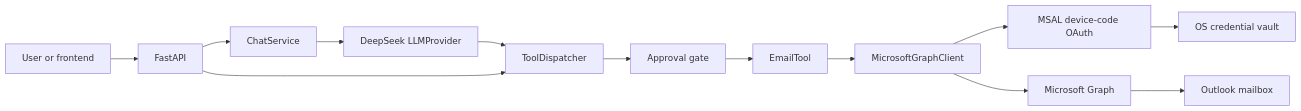
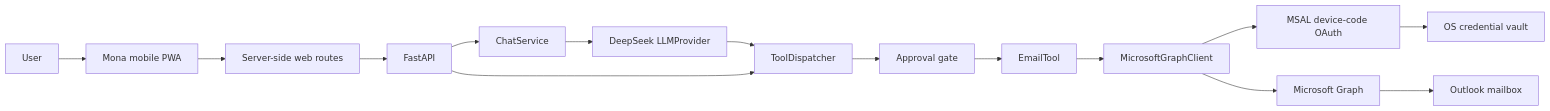
The diagram in Mona.md (m4rinqu3ll/Mona_AI_Assistant), drawn with Mermaid before and after one commit. The commit also changed other lines of this file and 20 other files, not shown here.

````diff
--- a/Mona.md
+++ b/Mona.md
@@ -27,15 +27,17 @@
 ```mermaid
 flowchart LR
-    User["User or frontend"] --> API["FastAPI"]
+    User["User"] --> Mobile["Mona mobile PWA"]
+    Mobile --> WebAPI["Server-side web routes"]
+    WebAPI --> API["FastAPI"]
     API --> Chat["ChatService"]
     Chat --> LLM["DeepSeek LLMProvider"]
     LLM --> Dispatcher["ToolDispatcher"]
     API --> Dispatcher
     Dispatcher --> Approval["Approval gate"]
     Approval --> Email["EmailTool"]
     Email --> GraphClient["MicrosoftGraphClient"]
     GraphClient --> Auth["MSAL device-code OAuth"]
     Auth --> Vault["OS credential vault"]
     GraphClient --> Graph["Microsoft Graph"]
     Graph --> Outlook["Outlook mailbox"]
 ```
````
